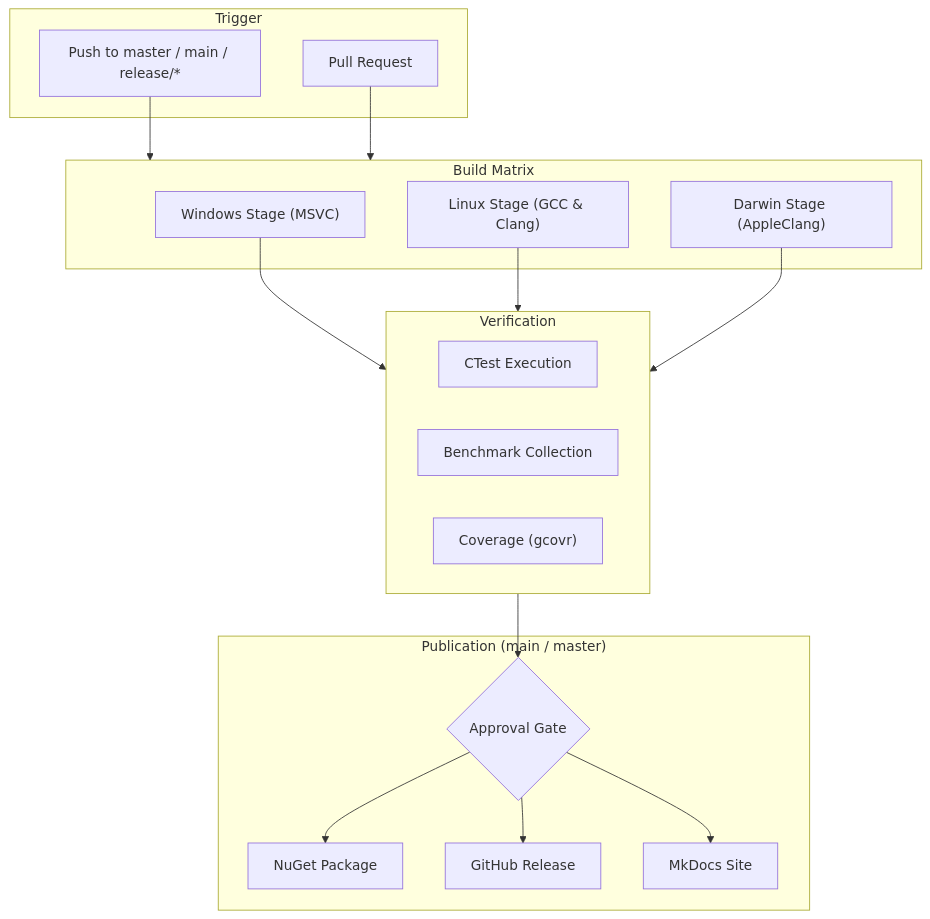
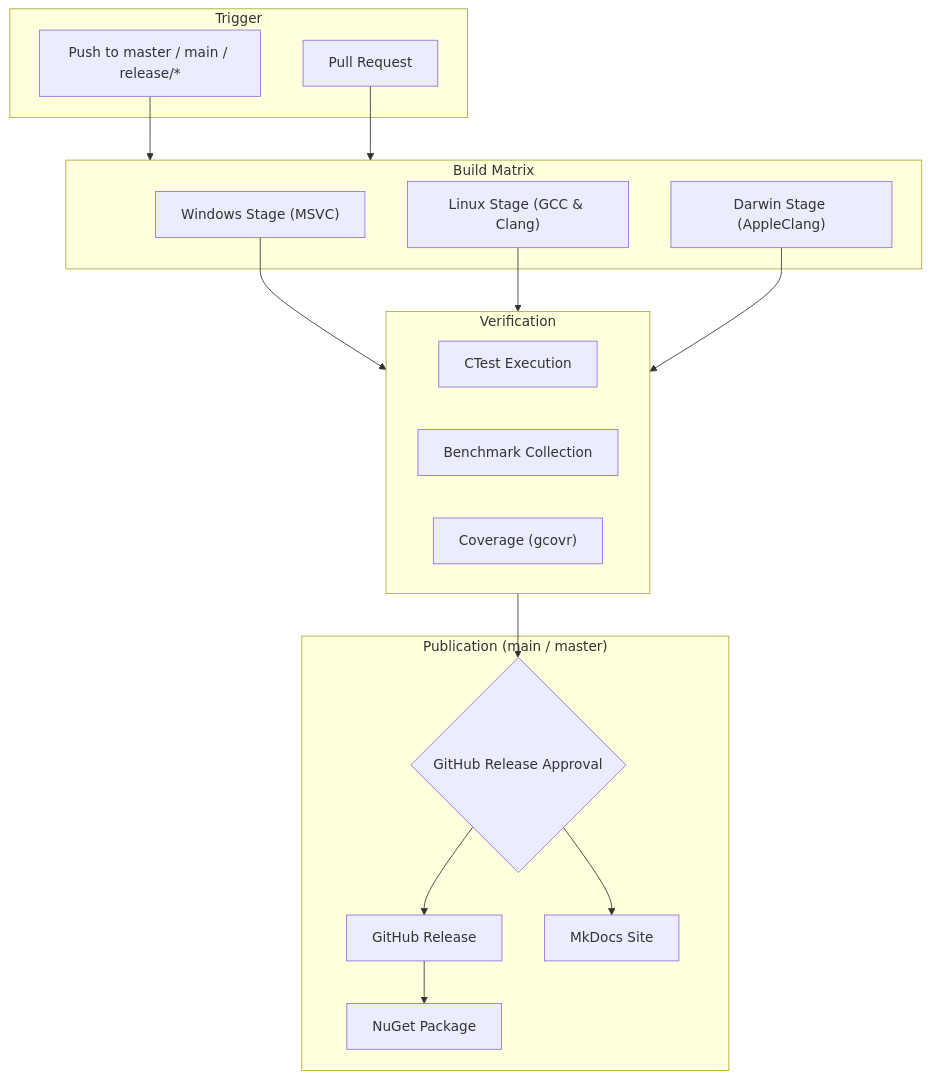
The first of 3 diagrams in docs/maintainers/pipelines.md (SiddiqSoft/sip2json), drawn with Mermaid before and after one commit. The commit also changed other lines of this file and 1 other file, not shown here.

Commit message:
ci: gate NuGet publication behind GitHub Release manual review

````diff
--- a/docs/maintainers/pipelines.md
+++ b/docs/maintainers/pipelines.md
@@ -11,36 +11,36 @@
 ```mermaid
 flowchart TD
     subgraph Triggers["Trigger"]
         T1["Push to master / main / release/*"]
         T2["Pull Request"]
     end
 
     subgraph Matrix["Build Matrix"]
         W["Windows Stage (MSVC)"]
         L["Linux Stage (GCC & Clang)"]
         D["Darwin Stage (AppleClang)"]
     end
 
     subgraph Verification["Verification"]
         V1["CTest Execution"]
         V2["Benchmark Collection"]
         V3["Coverage (gcovr)"]
     end
 
     subgraph Publish["Publication (main / master)"]
-        G1{"Approval Gate"}
+        G1{"GitHub Release Approval"}
+        P1["GitHub Release"]
         P0["NuGet Package"]
-        P1["GitHub Release"]
         P2["MkDocs Site"]
     end
 
     T1 --> Matrix
     T2 --> Matrix
     W --> Verification
     L --> Verification
     D --> Verification
     Verification --> G1
-    G1 --> P0
     G1 --> P1
+    P1 --> P0
     G1 --> P2
 ```
````
